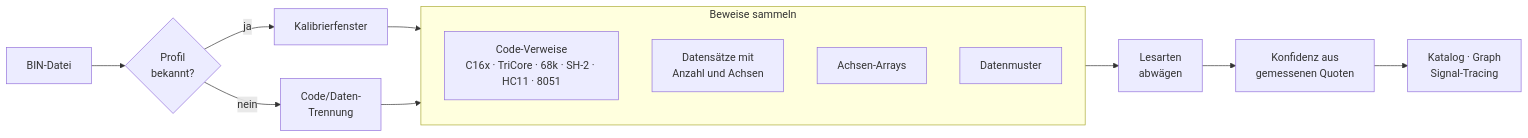
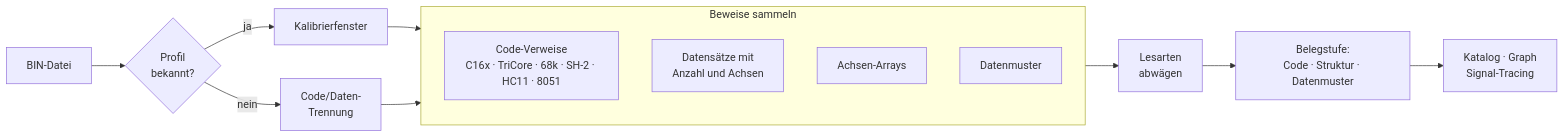
Before and after one commit to PCTestAdmin/ECU-Studio-AI: the diagram in README.md, drawn with Mermaid. The commit also changed other lines of this file and 5 other files, not shown here.

````diff
--- a/README.md
+++ b/README.md
@@ -159,17 +156,17 @@
 ```mermaid
 flowchart LR
     BIN[BIN-Datei] --> P{Profil<br/>bekannt?}
     P -- ja --> W[Kalibrierfenster]
     P -- nein --> M[Code/Daten-<br/>Trennung]
     W --> E
     M --> E
     subgraph E[Beweise sammeln]
         C[Code-Verweise<br/>C16x · TriCore · 68k · SH-2 · HC11 · 8051]
         H[Datensätze mit<br/>Anzahl und Achsen]
         A[Achsen-Arrays]
         D[Datenmuster]
     end
     E --> R[Lesarten<br/>abwägen]
-    R --> K[Konfidenz aus<br/>gemessenen Quoten]
+    R --> K[Belegstufe:<br/>Code · Struktur · Datenmuster]
     K --> UI[Katalog · Graph<br/>Signal-Tracing]
 ```
````
